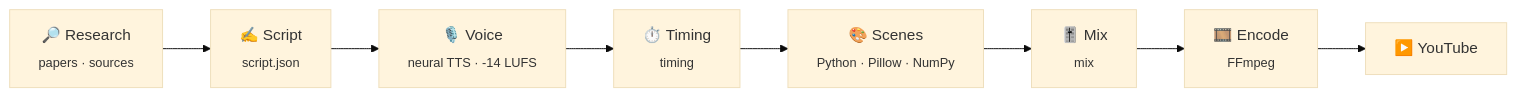
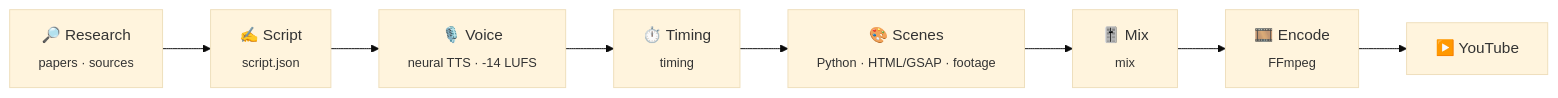
Before and after one commit to Musawer1214/LATOON: the diagram in README.md, drawn with Mermaid (base theme). The commit also changed other lines of this file, not shown here.

Commit message:
README: how videos are made (System v2.0: full-frame footage, code-composed scenes incl. HTML/GSAP, story-following sound)

````diff
--- a/README.md
+++ b/README.md
@@ -193,10 +194,10 @@
 ```mermaid
 flowchart LR
     A["🔎 Research<br/><sub>papers · sources</sub>"] --> B["✍️ Script<br/><sub>script.json</sub>"]
     B --> C["🎙️ Voice<br/><sub>neural TTS · -14 LUFS</sub>"]
     C --> D["⏱️ Timing<br/><sub>timing</sub>"]
-    D --> E["🎨 Scenes<br/><sub>Python · Pillow · NumPy</sub>"]
+    D --> E["🎨 Scenes<br/><sub>Python · HTML/GSAP · footage</sub>"]
     E --> F["🎚️ Mix<br/><sub>mix</sub>"]
     F --> G["🎞️ Encode<br/><sub>FFmpeg</sub>"]
     G --> H["▶️ YouTube"]
 ```
````
